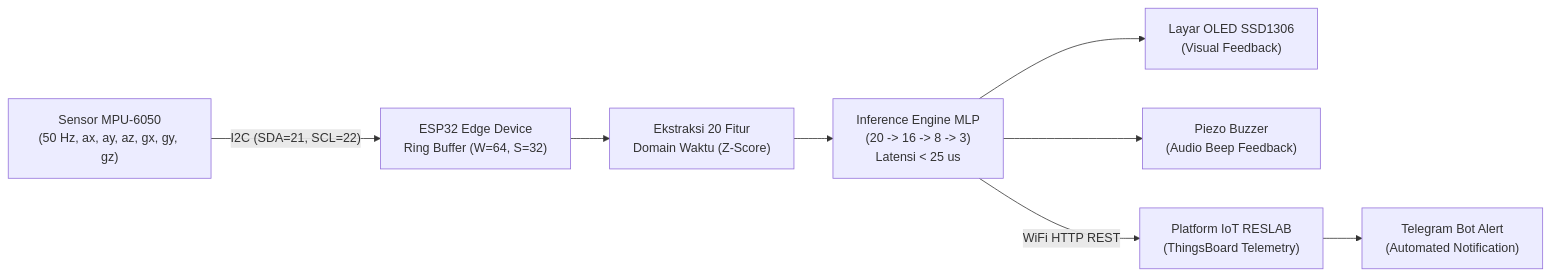
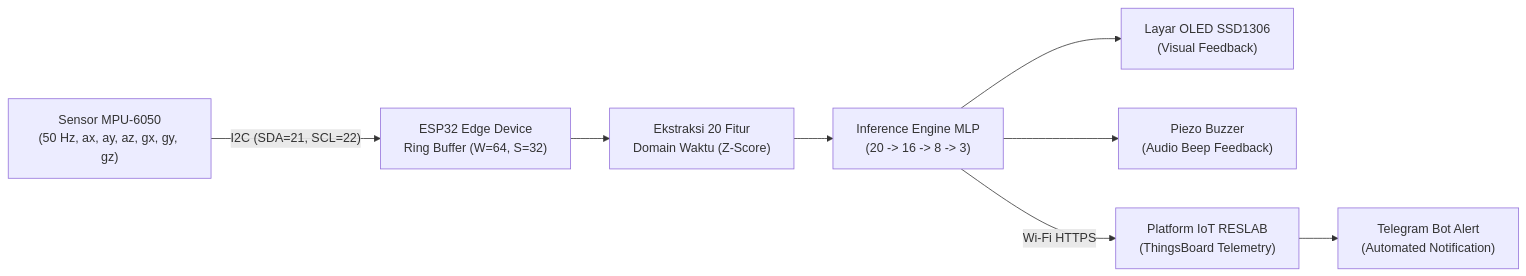
The diagram in README.md (taritsats/ESP32-EdgeAI-HAR-MPU6050), drawn with Mermaid before and after one commit. The commit also changed other lines of this file and 24 other files, not shown here.

````diff
--- a/README.md
+++ b/README.md
@@ -26,10 +25,10 @@
 ```mermaid
 flowchart LR
     A["Sensor MPU-6050\n(50 Hz, ax, ay, az, gx, gy, gz)"] -->|"I2C (SDA=21, SCL=22)"| B["ESP32 Edge Device\nRing Buffer (W=64, S=32)"]
     B --> C["Ekstraksi 20 Fitur\nDomain Waktu (Z-Score)"]
-    C --> D["Inference Engine MLP\n(20 -> 16 -> 8 -> 3)\nLatensi < 25 us"]
+    C --> D["Inference Engine MLP\n(20 -> 16 -> 8 -> 3)"]
     D --> E["Layar OLED SSD1306\n(Visual Feedback)"]
     D --> F["Piezo Buzzer\n(Audio Beep Feedback)"]
-    D -->|"WiFi HTTP REST"| G["Platform IoT RESLAB\n(ThingsBoard Telemetry)"]
+    D -->|"Wi-Fi HTTPS"| G["Platform IoT RESLAB\n(ThingsBoard Telemetry)"]
     G --> H["Telegram Bot Alert\n(Automated Notification)"]
 ```
````
